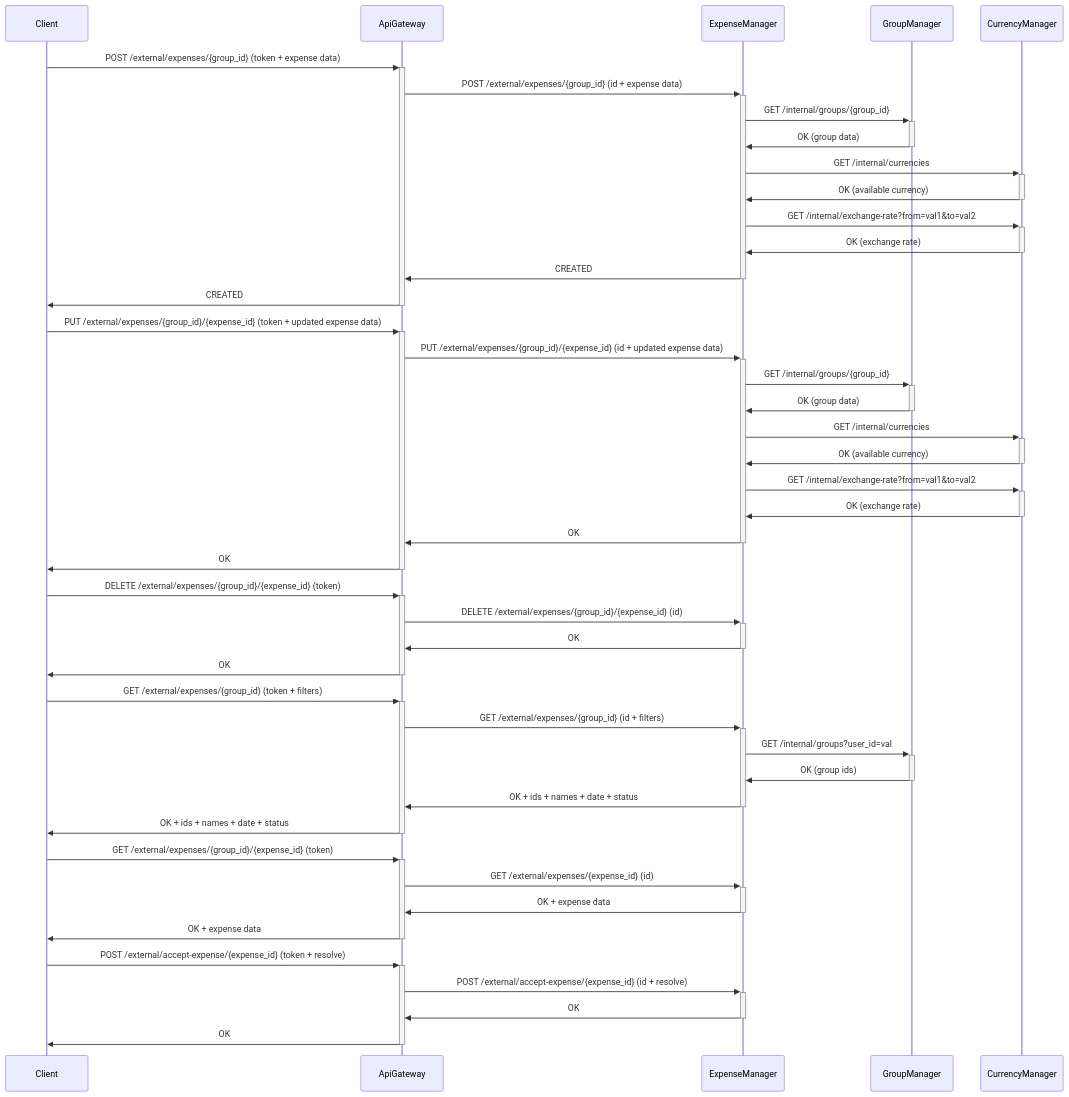
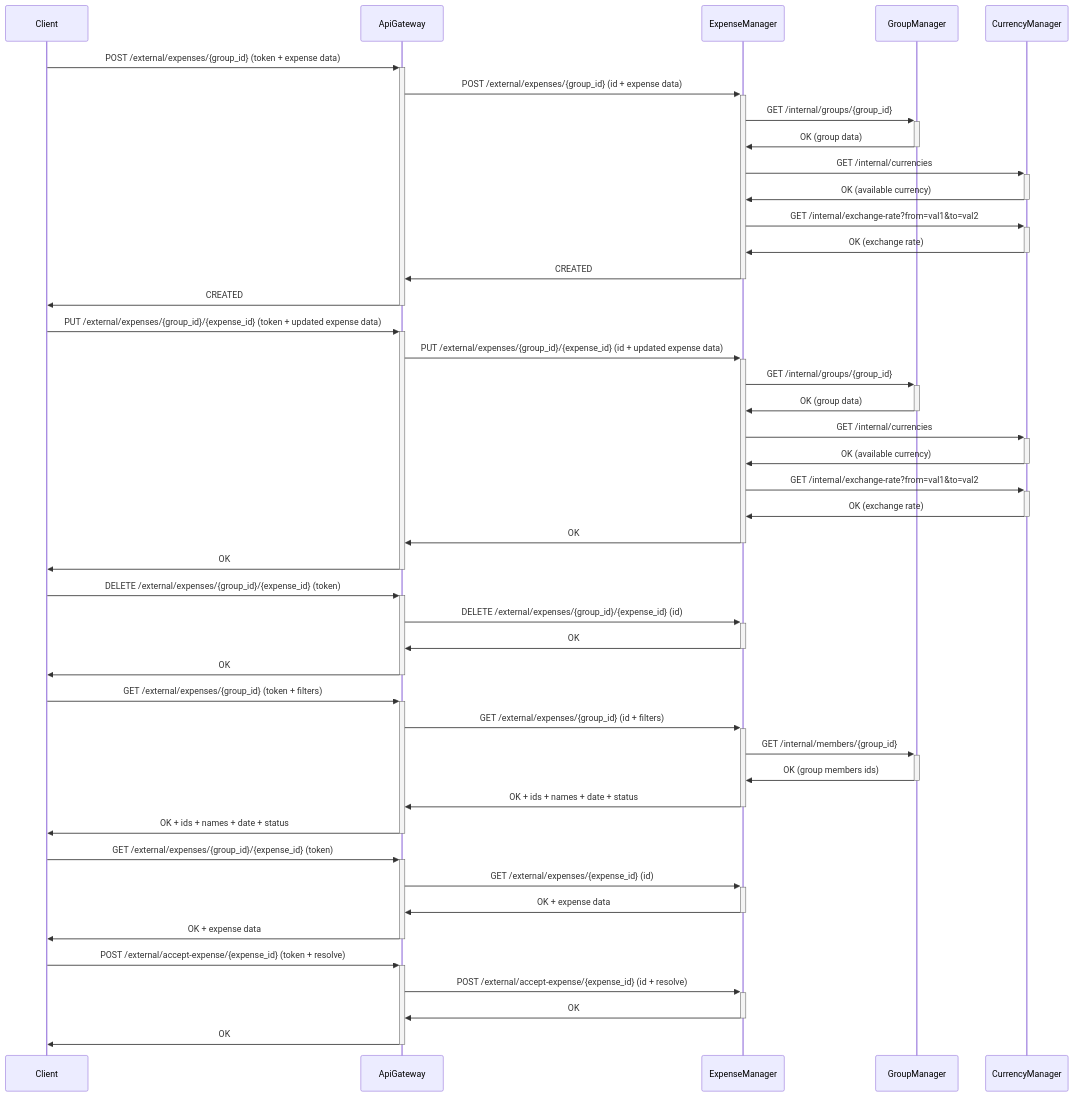
One commit to Group-Expense-Manager/gem-docs changed the fifth of 10 diagrams in docs/diagrams.md. Above: the diagram before and after it, drawn with Mermaid. The commit also changed other lines of this file and 2 other files, not shown here.

````diff
--- a/docs/diagrams.md
+++ b/docs/diagrams.md
@@ -164,49 +164,49 @@
 ``` mermaid
 sequenceDiagram
 
 Client->>+ApiGateway: POST /external/expenses/{group_id} (token + expense data)
 ApiGateway->>+ExpenseManager: POST /external/expenses/{group_id} (id + expense data)
 ExpenseManager->>+GroupManager: GET /internal/groups/{group_id}
 GroupManager->>-ExpenseManager: OK (group data)
 ExpenseManager->>+CurrencyManager: GET /internal/currencies
 CurrencyManager->>-ExpenseManager: OK (available currency)
 ExpenseManager->>+CurrencyManager: GET /internal/exchange-rate?from=val1&to=val2
 CurrencyManager->>-ExpenseManager: OK (exchange rate)
 ExpenseManager->>-ApiGateway: CREATED
 ApiGateway->>-Client: CREATED
 
 
 Client->>+ApiGateway: PUT /external/expenses/{group_id}/{expense_id} (token + updated expense data)
 ApiGateway->>+ExpenseManager: PUT /external/expenses/{group_id}/{expense_id} (id + updated expense data)
 ExpenseManager->>+GroupManager: GET /internal/groups/{group_id}
 GroupManager->>-ExpenseManager: OK (group data)
 ExpenseManager->>+CurrencyManager: GET /internal/currencies
 CurrencyManager->>-ExpenseManager: OK (available currency)
 ExpenseManager->>+CurrencyManager: GET /internal/exchange-rate?from=val1&to=val2
 CurrencyManager->>-ExpenseManager: OK (exchange rate)
 ExpenseManager->>-ApiGateway: OK
 ApiGateway->>-Client: OK
 
 Client->>+ApiGateway: DELETE /external/expenses/{group_id}/{expense_id} (token)
 ApiGateway->>+ExpenseManager: DELETE /external/expenses/{group_id}/{expense_id} (id)
 ExpenseManager->>-ApiGateway: OK
 ApiGateway->>-Client: OK
 
 Client->>+ApiGateway: GET /external/expenses/{group_id} (token + filters)
 ApiGateway->>+ExpenseManager: GET /external/expenses/{group_id} (id + filters)
-ExpenseManager->>+GroupManager: GET /internal/groups?user_id=val
-GroupManager->>-ExpenseManager: OK (group ids)
+ExpenseManager->>+GroupManager: GET /internal/members/{group_id}
+GroupManager->>-ExpenseManager: OK (group members ids)
 ExpenseManager->>-ApiGateway: OK + ids + names  + date + status
 ApiGateway->>-Client: OK + ids + names  + date + status
 
 
 Client->>+ApiGateway: GET /external/expenses/{group_id}/{expense_id} (token)
 ApiGateway->>+ExpenseManager: GET /external/expenses/{expense_id} (id)
 ExpenseManager->>-ApiGateway: OK + expense data
 ApiGateway->>-Client: OK + expense data
 
 Client->>+ApiGateway: POST /external/accept-expense/{expense_id} (token + resolve)
 ApiGateway->>+ExpenseManager: POST /external/accept-expense/{expense_id} (id + resolve)
 ExpenseManager->>-ApiGateway: OK
 ApiGateway->>-Client: OK
 ```
````
